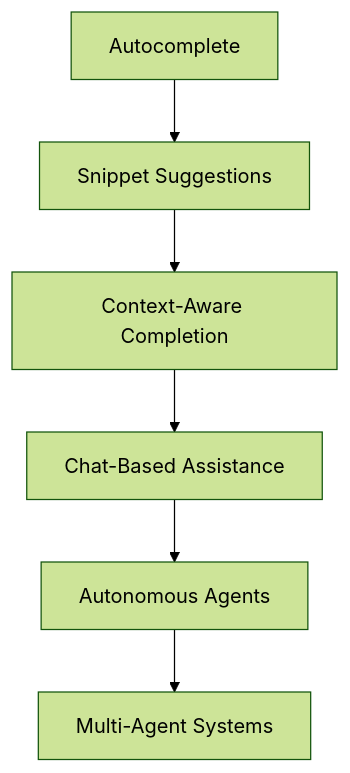
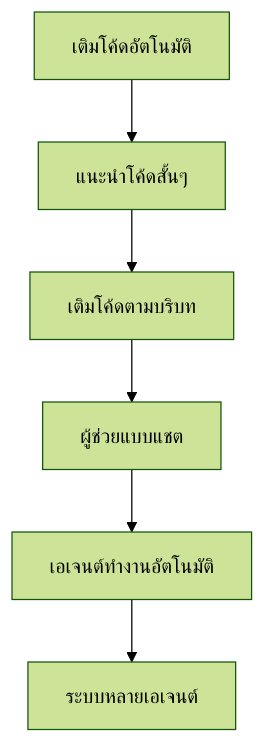
The diagram in slides.md (aeff60/agentcon-bkk-2026-coding-agents), drawn with Mermaid (forest theme) before and after one commit. The commit also changed other lines of this file and 1 other file, not shown here.

````diff
--- a/slides.md
+++ b/slides.md
@@ -87,8 +85,8 @@
 ```mermaid
 graph TD
-    A[Autocomplete] --> B[Snippet Suggestions]
-    B --> C[Context-Aware Completion]
-    C --> D[Chat-Based Assistance]
-    D --> E[Autonomous Agents]
-    E --> F[Multi-Agent Systems]
+  A[เติมโค้ดอัตโนมัติ] --> B[แนะนำโค้ดสั้นๆ]
+  B --> C[เติมโค้ดตามบริบท]
+  C --> D[ผู้ช่วยแบบแชต]
+  D --> E[เอเจนต์ทำงานอัตโนมัติ]
+  E --> F[ระบบหลายเอเจนต์]
 ```
````
